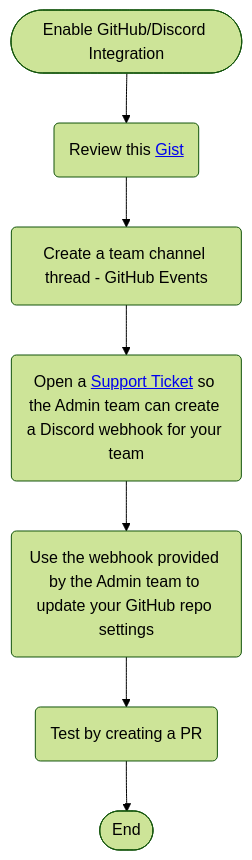
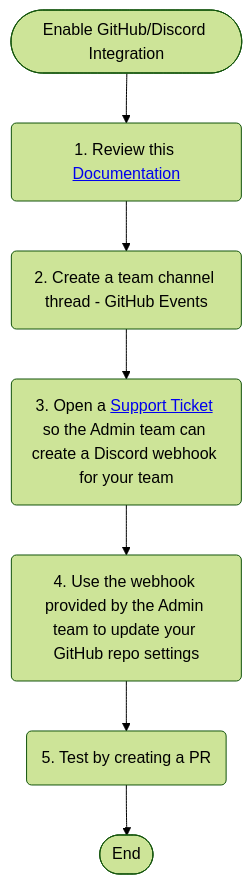
Before and after one commit to chingu-voyages/Handbook: the diagram in docs/guides/voyage/topics/tips_dev_github_discord.md, drawn with Mermaid (forest theme). The commit also changed other lines of this file and 3 other files, not shown here.

Commit message:
Feature: Add GitHub and Discord integration tip

````diff
--- a/docs/guides/voyage/topics/tips_dev_github_discord.md
+++ b/docs/guides/voyage/topics/tips_dev_github_discord.md
@@ -11,9 +16,9 @@
 ```mermaid
 flowchart TB
-   A(["Enable GitHub/Discord Integration"]) --> B(Review this <a href='https://gist.github.com/jagrosh/5b1761213e33fc5b54ec7f6379034a22' target='_blank'>Gist</a>);
-   B --> C(Create a team channel thread - GitHub Events);
-   C --> D(Open a <a href='https://discord.com/channels/330284646283608064/1193342042080817323' target='_blank'>Support Ticket</a> so the Admin team can create a Discord webhook for your team);
-   D --> E(Use the webhook provided by the Admin team to update your GitHub repo settings);
-   E --> F(Test by creating a PR);
+   A(["Enable GitHub/Discord Integration"]) --> B(1. Review this <a href='https://gist.github.com/jagrosh/5b1761213e33fc5b54ec7f6379034a22' target='_blank'>Documentation</a>);
+   B --> C(2. Create a team channel thread - GitHub Events);
+   C --> D(3. Open a <a href='https://discord.com/channels/330284646283608064/1193342042080817323' target='_blank'>Support Ticket</a> so the Admin team can create a Discord webhook for your team);
+   D --> E(4. Use the webhook provided by the Admin team to update your GitHub repo settings);
+   E --> F(5. Test by creating a PR);
    F --> Z([End]);
 ```
````
